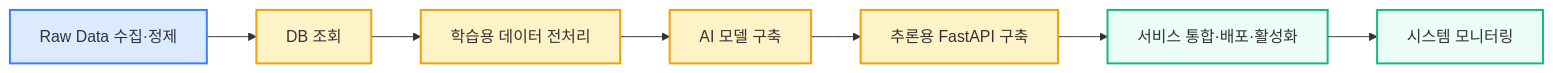
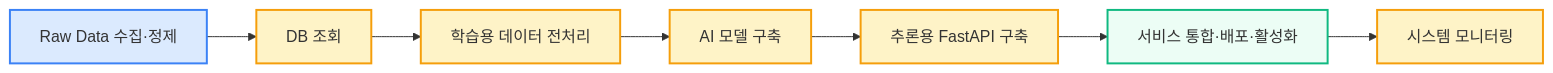
One commit to iureifjdkncd/iureifjdkncd changed the diagram in README.md. Above: the diagram before and after it, drawn with Mermaid.

````diff
--- a/README.md
+++ b/README.md
@@ -65,15 +65,15 @@
 ```mermaid
 flowchart LR
     A[Raw Data 수집·정제]:::dev
     B[DB 조회]:::me
     C[학습용 데이터 전처리]:::me
     D[AI 모델 구축]:::me
     E[추론용 FastAPI 구축]:::me
     F[서비스 통합·배포·활성화]:::meco
-    G[시스템 모니터링]:::meco
+    G[시스템 모니터링]:::me
     A --> B --> C --> D --> E --> F --> G
     classDef me fill:#fef3c7,stroke:#f59e0b,stroke-width:2px;
     classDef dev fill:#dbeafe,stroke:#3b82f6,stroke-width:2px;
     classDef devco fill:#e0f2fe,stroke:#0284c7,stroke-width:2px;
     classDef meco fill:#ecfdf5,stroke:#10b981,stroke-width:2px;
 ```
````
